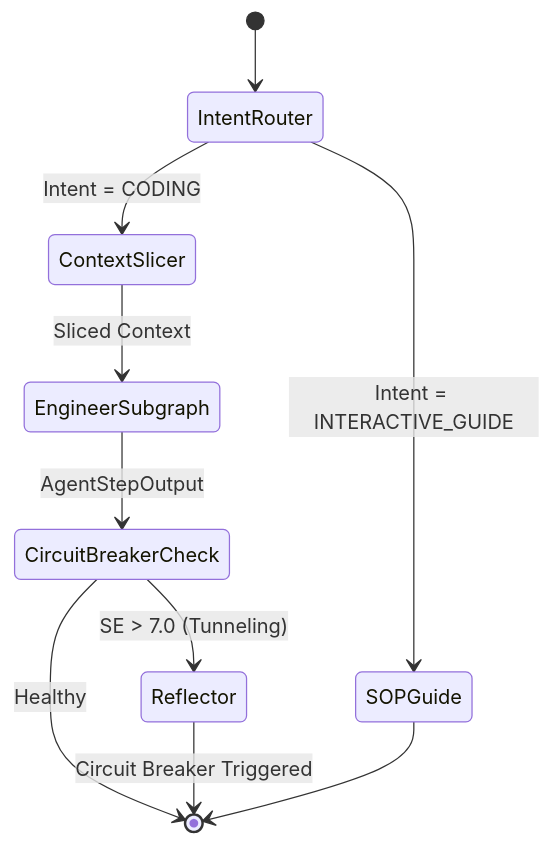
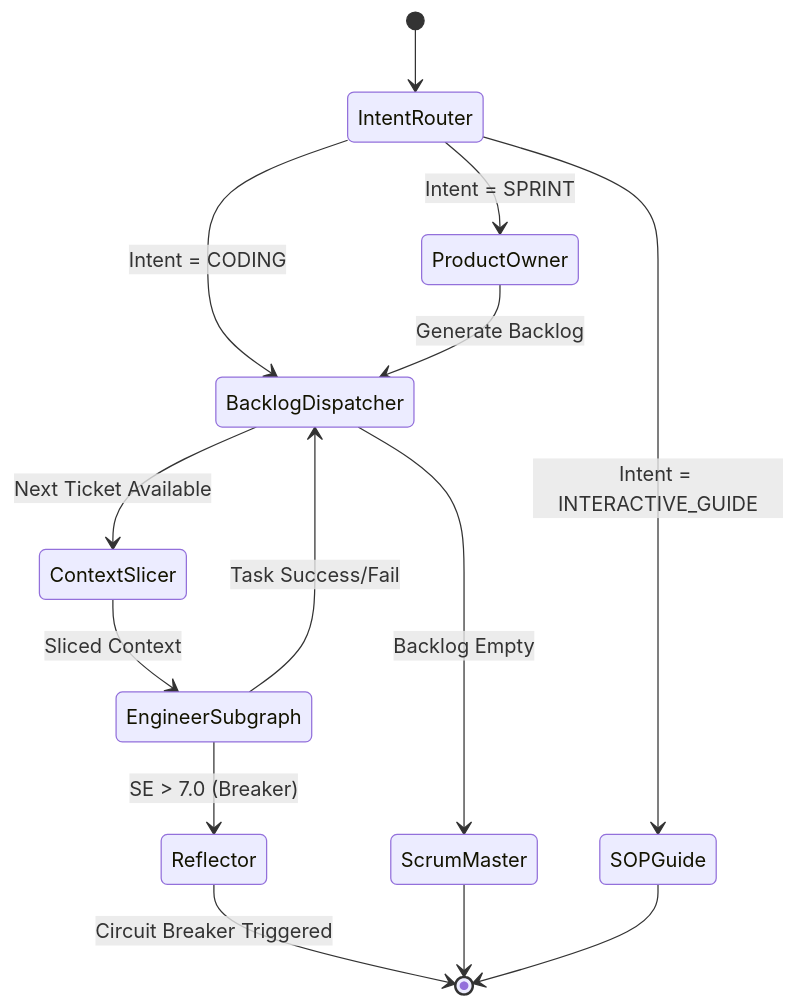
One commit to jonaschen/ai-bsp-agent changed the second of 3 diagrams in DESIGN.md. Above: the diagram before and after it, drawn with Mermaid. The commit also changed other lines of this file and 1 other file, not shown here.

````diff
--- a/DESIGN.md
+++ b/DESIGN.md
@@ -101,18 +104,24 @@
 ```mermaid
 stateDiagram-v2
     [*] --> IntentRouter
 
-    IntentRouter --> ContextSlicer: Intent = CODING
+    IntentRouter --> ProductOwner: Intent = SPRINT
+    IntentRouter --> BacklogDispatcher: Intent = CODING
     IntentRouter --> SOPGuide: Intent = INTERACTIVE_GUIDE
+
+    ProductOwner --> BacklogDispatcher: Generate Backlog
+
+    state BacklogDispatcher <<choice>>
+    BacklogDispatcher --> ContextSlicer: Next Ticket Available
+    BacklogDispatcher --> ScrumMaster: Backlog Empty
 
     ContextSlicer --> EngineerSubgraph: Sliced Context
 
-    EngineerSubgraph --> CircuitBreakerCheck: AgentStepOutput
+    EngineerSubgraph --> BacklogDispatcher: Task Success/Fail
 
-    state CircuitBreakerCheck <<choice>>
-    CircuitBreakerCheck --> Reflector: SE > 7.0 (Tunneling)
-    CircuitBreakerCheck --> [*]: Healthy
+    EngineerSubgraph --> Reflector: SE > 7.0 (Breaker)
+    Reflector --> [*]: Circuit Breaker Triggered
 
-    Reflector --> [*]: Circuit Breaker Triggered
+    ScrumMaster --> [*]
     SOPGuide --> [*]
 ```
````
